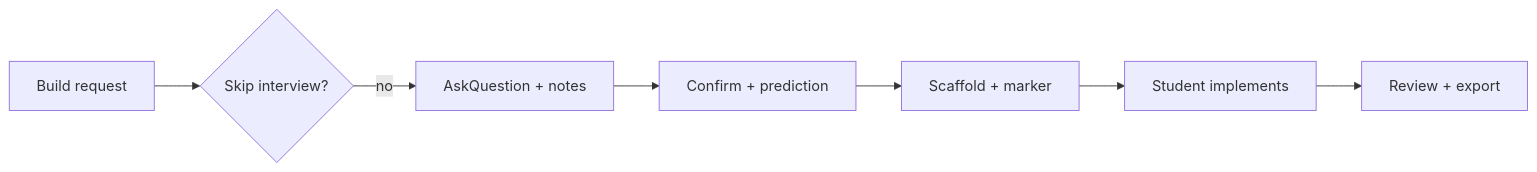
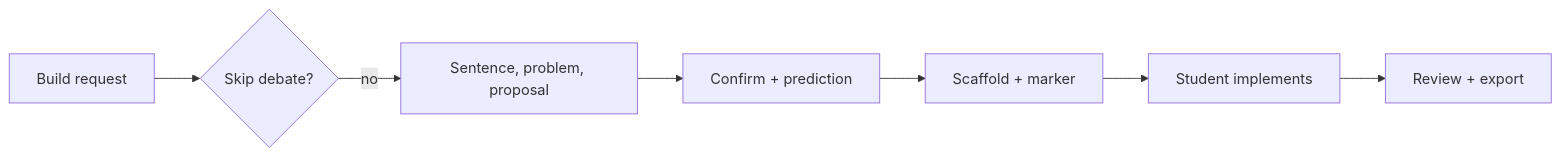
Before and after one commit to Lazzar19/Praxis: the diagram in README.md, drawn with Mermaid. The commit also changed other lines of this file and 2 other files, not shown here.

Commit message:
docs: show one debate round instead of a menu

````diff
--- a/README.md
+++ b/README.md
@@ -150,9 +152,9 @@
 ```mermaid
 flowchart LR
-  A[Build request] --> B{Skip interview?}
-  B -->|no| C[AskQuestion + notes]
+  A[Build request] --> B{Skip debate?}
+  B -->|no| C[Sentence, problem, proposal]
   C --> D[Confirm + prediction]
   D --> E[Scaffold + marker]
   E --> F[Student implements]
   F --> G[Review + export]
 ```
````
